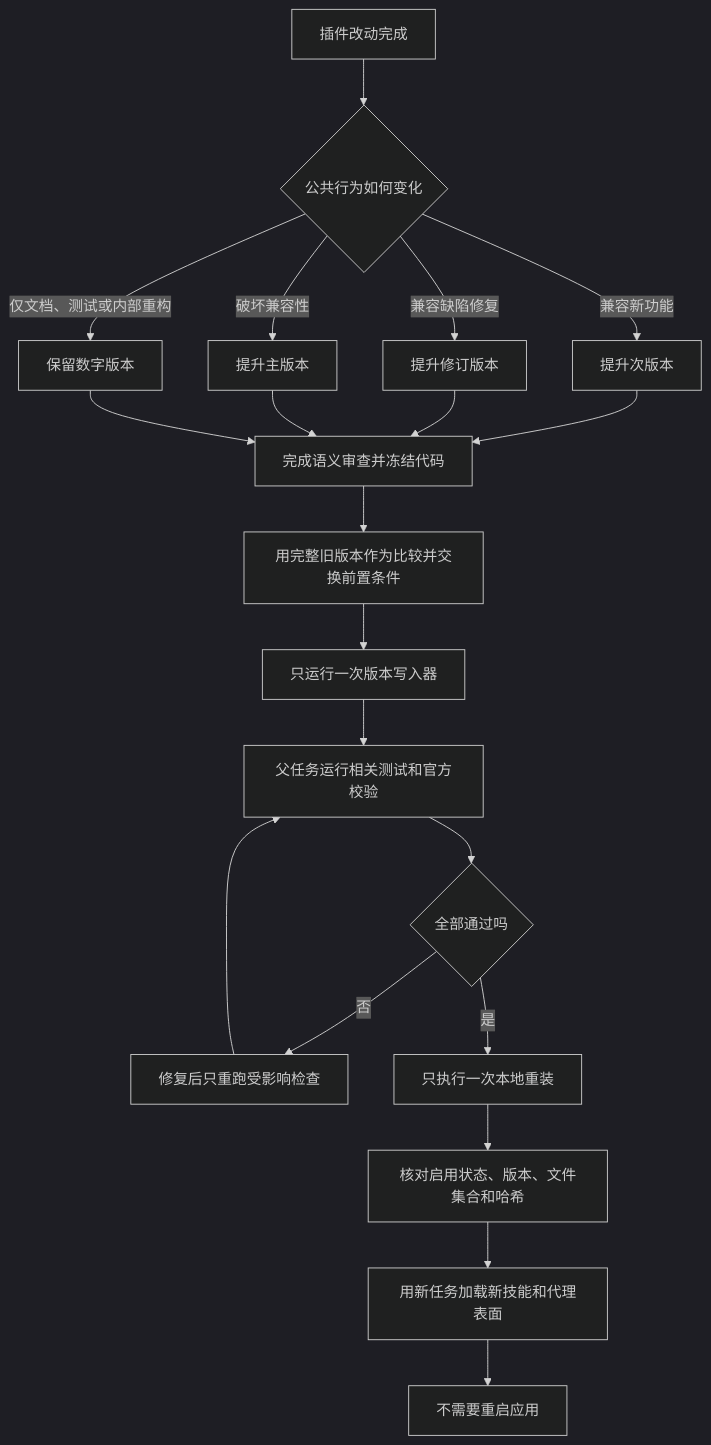
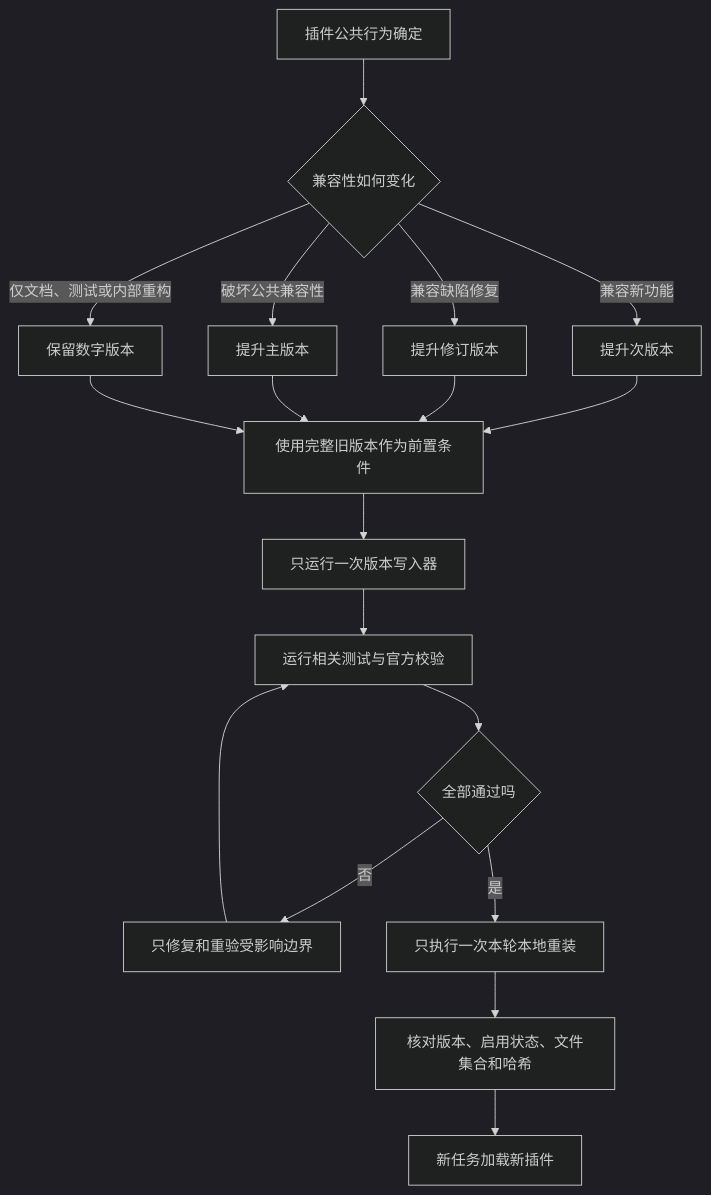
Before and after one commit to Lang45/codex-lean-stack: diagram 13 of 13 in skills/lean-stack/references/flowcharts-zh.md, drawn with Mermaid (dark theme). The commit also changed other lines of this file and 25 other files, not shown here.

````diff
--- a/skills/lean-stack/references/flowcharts-zh.md
+++ b/skills/lean-stack/references/flowcharts-zh.md
@@ -303,22 +614,20 @@
 ```mermaid
 flowchart TD
-    A[插件改动完成] --> B{公共行为如何变化}
+    A[插件公共行为确定] --> B{兼容性如何变化}
     B -->|兼容新功能| C[提升次版本]
     B -->|兼容缺陷修复| D[提升修订版本]
-    B -->|破坏兼容性| E[提升主版本]
+    B -->|破坏公共兼容性| E[提升主版本]
     B -->|仅文档、测试或内部重构| F[保留数字版本]
-    C --> G[完成语义审查并冻结代码]
+    C --> G[使用完整旧版本作为前置条件]
     D --> G
     E --> G
     F --> G
-    G --> H[用完整旧版本作为比较并交换前置条件]
-    H --> I[只运行一次版本写入器]
-    I --> J[父任务运行相关测试和官方校验]
-    J --> K{全部通过吗}
-    K -->|否| L[修复后只重跑受影响检查]
-    L --> J
-    K -->|是| M[只执行一次本地重装]
-    M --> N[核对启用状态、版本、文件集合和哈希]
-    N --> O[用新任务加载新技能和代理表面]
-    O --> P[不需要重启应用]
+    G --> H[只运行一次版本写入器]
+    H --> I[运行相关测试与官方校验]
+    I --> J{全部通过吗}
+    J -->|否| K[只修复和重验受影响边界]
+    K --> I
+    J -->|是| L[只执行一次本轮本地重装]
+    L --> M[核对版本、启用状态、文件集合和哈希]
+    M --> N[新任务加载新插件]
 ```
````
